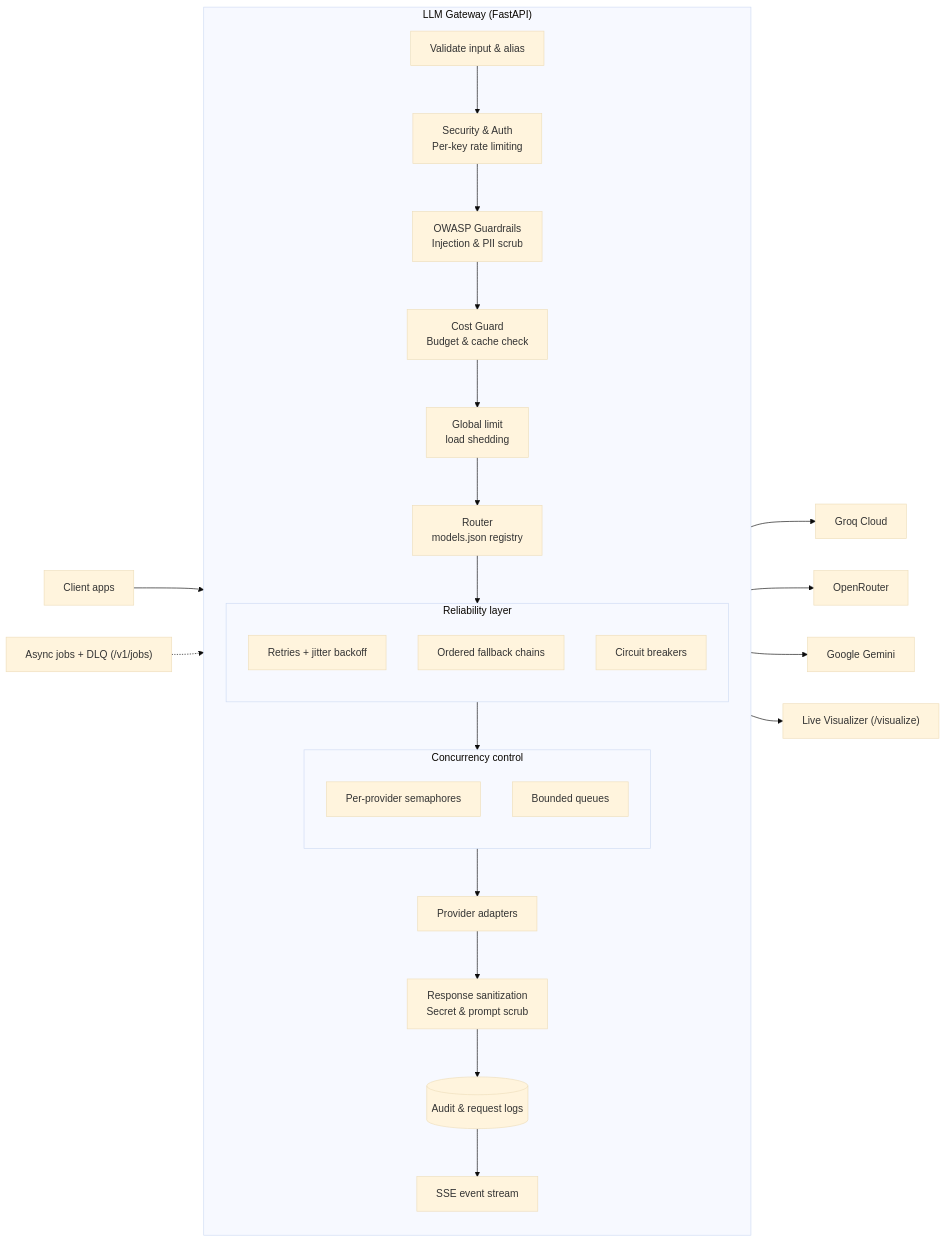
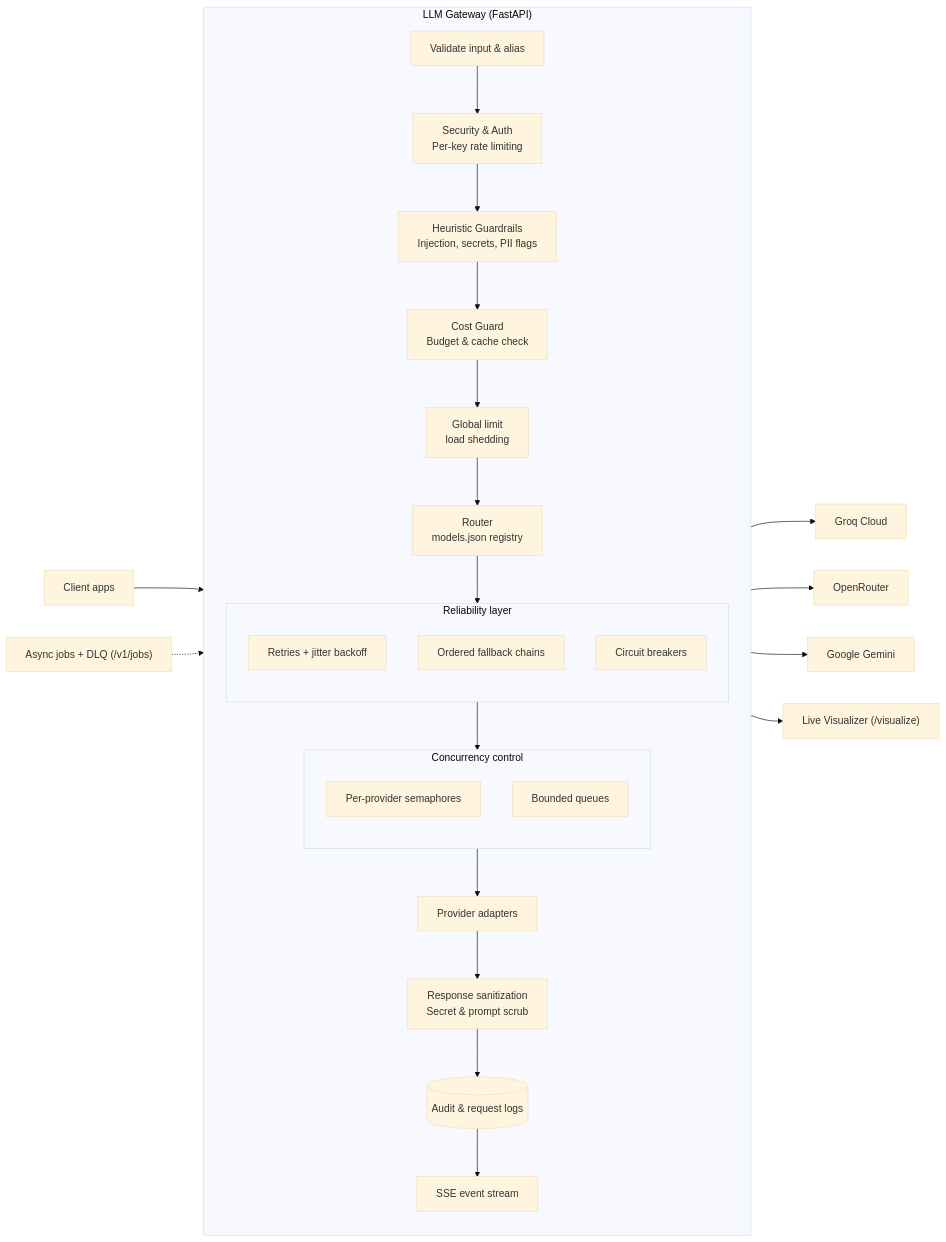
The first of 2 diagrams in README.md (Tushar01yadav/LLM-Gateway), drawn with Mermaid (base theme) before and after one commit. The commit also changed other lines of this file and 66 other files, not shown here.

````diff
--- a/README.md
+++ b/README.md
@@ -9,41 +13,41 @@
 ```mermaid
 flowchart LR
     Client["Client apps"]
 
     subgraph GW["LLM Gateway (FastAPI)"]
         direction TB
         V["Validate input & alias"]
         SEC["Security & Auth<br/>Per-key rate limiting"]
-        GR["OWASP Guardrails<br/>Injection & PII scrub"]
+        GR["Heuristic Guardrails<br/>Injection, secrets, PII flags"]
         CG["Cost Guard<br/>Budget & cache check"]
         GL["Global limit<br/>load shedding"]
         R["Router<br/>models.json registry"]
         
         subgraph REL["Reliability layer"]
             direction TB
             RT["Retries + jitter backoff"]
             FB["Ordered fallback chains"]
             CB["Circuit breakers"]
         end
         
         subgraph CON["Concurrency control"]
             direction TB
             SEM["Per-provider semaphores"]
             Q["Bounded queues"]
         end
         
         AD["Provider adapters"]
         SAN["Response sanitization<br/>Secret & prompt scrub"]
         LOG[("Audit & request logs")]
         EV["SSE event stream"]
     end
 
     Client --> V --> SEC --> GR --> CG --> GL --> R --> REL --> CON --> AD
     AD --> GROQ["Groq Cloud"]
     AD --> OR["OpenRouter"]
     AD --> GEM["Google Gemini"]
     AD --> SAN --> LOG
     LOG --> EV --> VIZ["Live Visualizer (/visualize)"]
 
     JOBS["Async jobs + DLQ (/v1/jobs)"] -.-> CON
 ```
````
